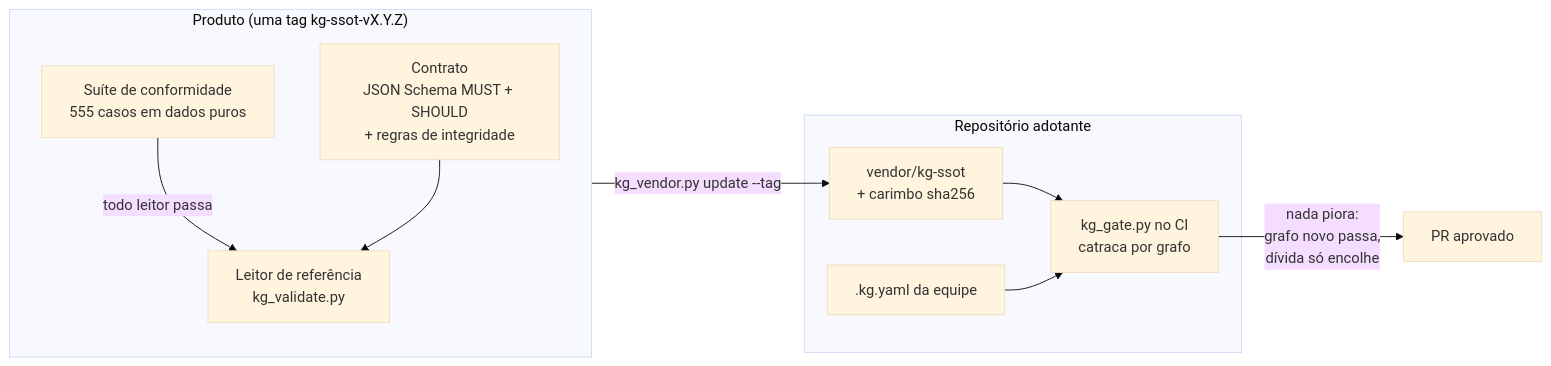
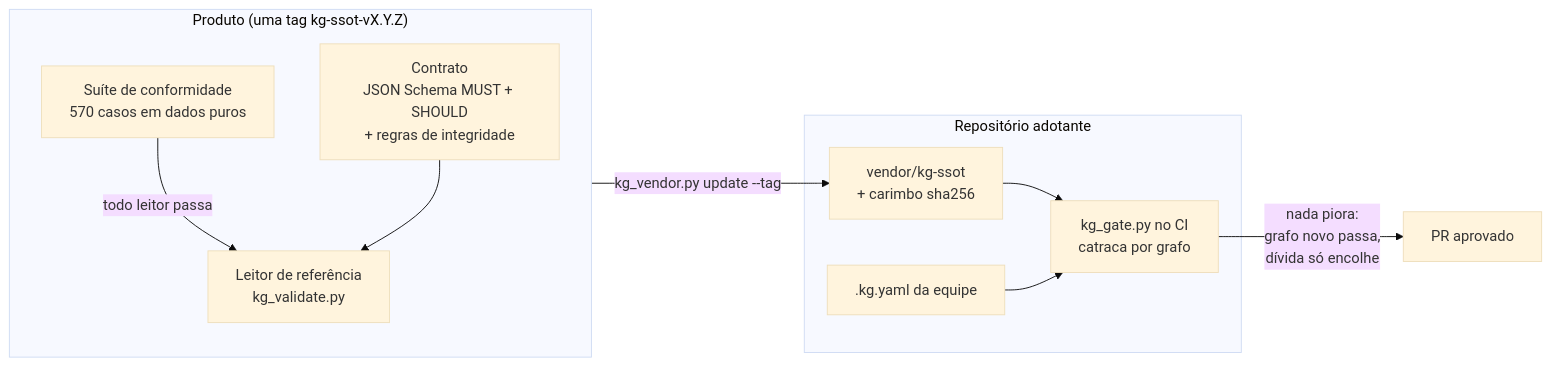
Before and after one commit to marciocar/kg-ssot: the diagram in README.pt-BR.md, drawn with Mermaid (base theme). The commit also changed other lines of this file and 46 other files, not shown here.

````diff
--- a/README.pt-BR.md
+++ b/README.pt-BR.md
@@ -163,19 +163,19 @@
 ```mermaid
 flowchart LR
   subgraph product["Produto (uma tag kg-ssot-vX.Y.Z)"]
     C["Contrato<br/>JSON Schema MUST + SHOULD<br/>+ regras de integridade"]
-    S["Suíte de conformidade<br/>555 casos em dados puros"]
+    S["Suíte de conformidade<br/>570 casos em dados puros"]
     R["Leitor de referência<br/>kg_validate.py"]
     S -- "todo leitor passa" --> R
     C --> R
   end
   subgraph adopter["Repositório adotante"]
     V["vendor/kg-ssot<br/>+ carimbo sha256"]
     G["kg_gate.py no CI<br/>catraca por grafo"]
     K[".kg.yaml da equipe"]
     V --> G
     K --> G
   end
   product -- "kg_vendor.py update --tag" --> V
   G -- "nada piora:<br/>grafo novo passa,<br/>dívida só encolhe" --> PR["PR aprovado"]
 ```
````
